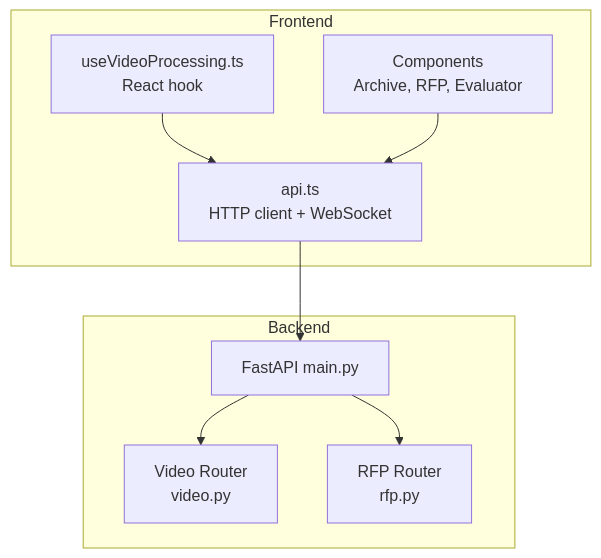
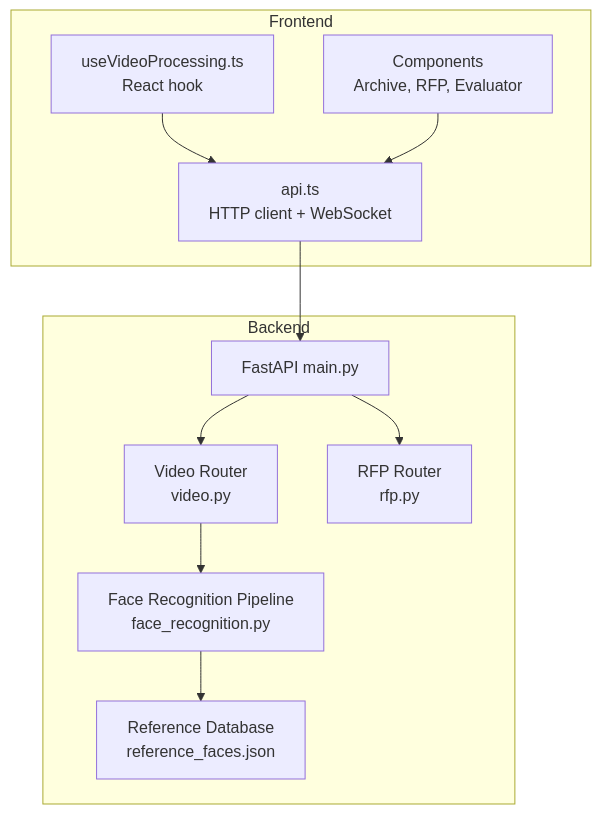
Before and after one commit to alexandreybasta-cyber/dubai-media-ai: the first of 3 diagrams in .qoder/repowiki/en/content/Frontend Application/API Integration & State Management.md, drawn with Mermaid. The commit also changed other lines of this file and 54 other files, not shown here.

````diff
--- a/.qoder/repowiki/en/content/Frontend Application/API Integration & State Management.md
+++ b/.qoder/repowiki/en/content/Frontend Application/API Integration & State Management.md
@@ -45,18 +51,22 @@
 ```mermaid
 graph TB
 subgraph "Frontend"
 A["api.ts<br/>HTTP client + WebSocket"]
 B["useVideoProcessing.ts<br/>React hook"]
 C["Components<br/>Archive, RFP, Evaluator"]
 end
 subgraph "Backend"
 D["FastAPI main.py"]
 E["Video Router<br/>video.py"]
 F["RFP Router<br/>rfp.py"]
+G["Face Recognition Pipeline<br/>face_recognition.py"]
+H["Reference Database<br/>reference_faces.json"]
 end
 A --> D
 B --> A
 C --> A
 D --> E
 D --> F
+E --> G
+G --> H
 ```
````
